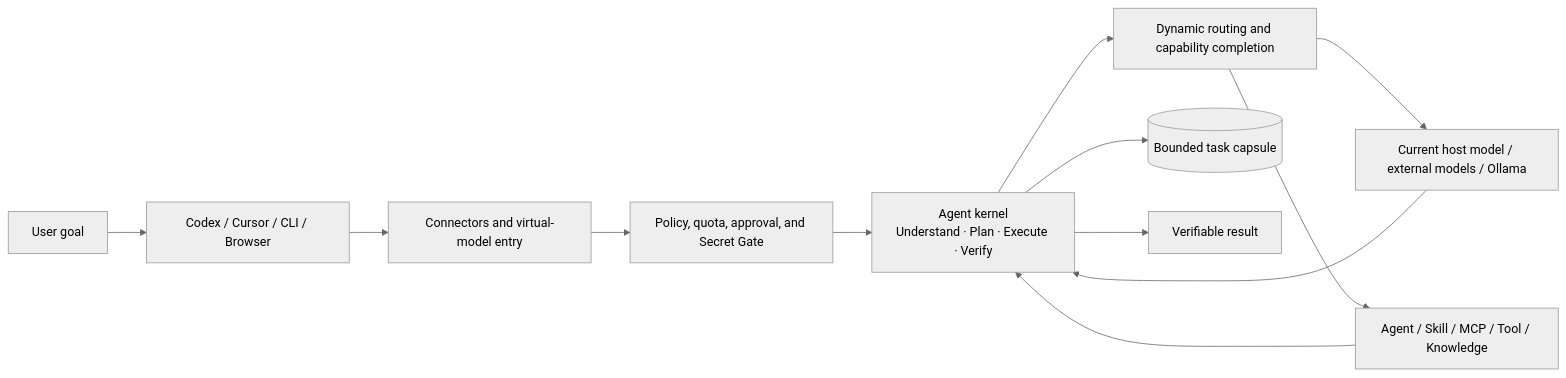
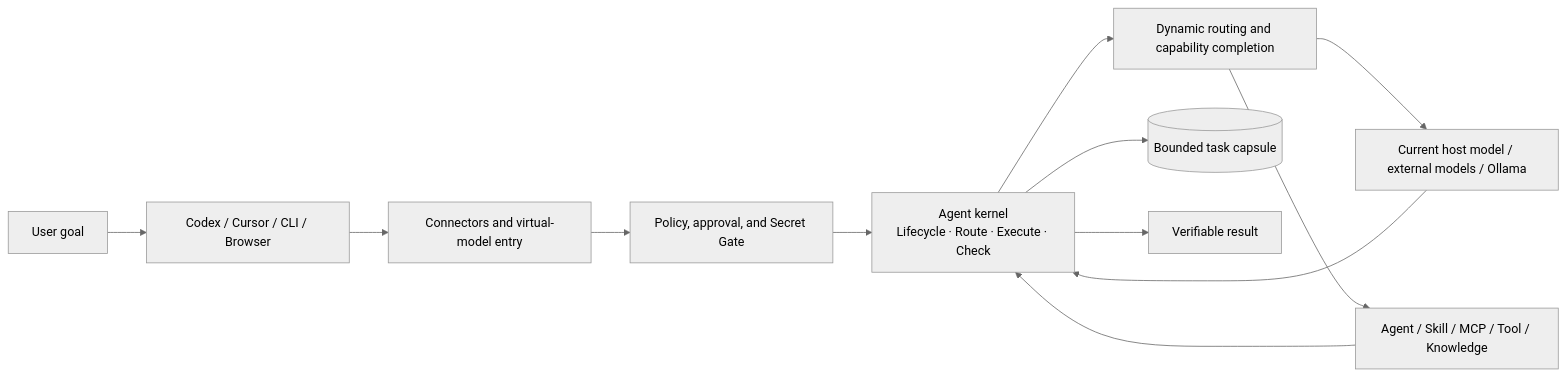
The first of 4 diagrams in docs/ARCHITECTURE.EN.md (skillnull/AI-Tidu9), drawn with Mermaid (neutral theme) before and after one commit. The commit also changed other lines of this file and 43 other files, not shown here.

````diff
--- a/docs/ARCHITECTURE.EN.md
+++ b/docs/ARCHITECTURE.EN.md
@@ -20,14 +20,14 @@
 ```mermaid
 flowchart LR
   User[User goal] --> Surface[Codex / Cursor / CLI / Browser]
   Surface --> Entry[Connectors and virtual-model entry]
-  Entry --> Gate[Policy, quota, approval, and Secret Gate]
-  Gate --> Kernel[Agent kernel<br/>Understand · Plan · Execute · Verify]
+  Entry --> Gate[Policy, approval, and Secret Gate]
+  Gate --> Kernel[Agent kernel<br/>Lifecycle · Route · Execute · Check]
   Kernel --> Router[Dynamic routing and capability completion]
   Router --> Models[Current host model / external models / Ollama]
   Router --> Assets[Agent / Skill / MCP / Tool / Knowledge]
   Models --> Kernel
   Assets --> Kernel
   Kernel --> Capsule[(Bounded task capsule)]
   Kernel --> Result[Verifiable result]
 ```
````
